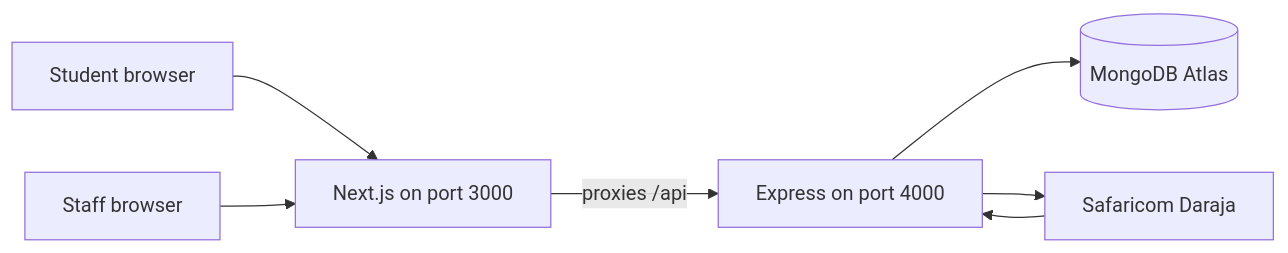
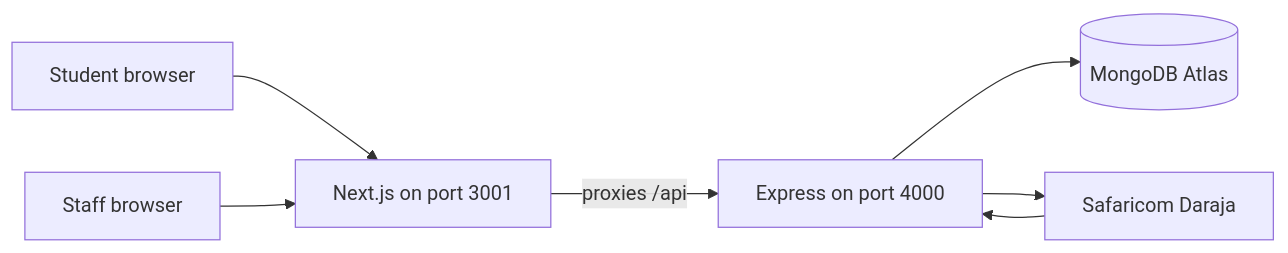
One commit to MwangiMaxwell/Campus-Stay changed the first of 6 diagrams in docs/02-ARCHITECTURE.md. Above: the diagram before and after it, drawn with Mermaid. The commit also changed 7 other files, not shown here.

````diff
--- a/docs/02-ARCHITECTURE.md
+++ b/docs/02-ARCHITECTURE.md
@@ -13,15 +13,15 @@
 ```mermaid
 flowchart LR
   student[Student browser]
   staff[Staff browser]
-  web[Next.js on port 3000]
+  web[Next.js on port 3001]
   api[Express on port 4000]
   db[(MongoDB Atlas)]
   mpesa[Safaricom Daraja]
   student --> web
   staff --> web
   web -->|proxies /api| api
   api --> db
   api --> mpesa
   mpesa --> api
 ```
````
